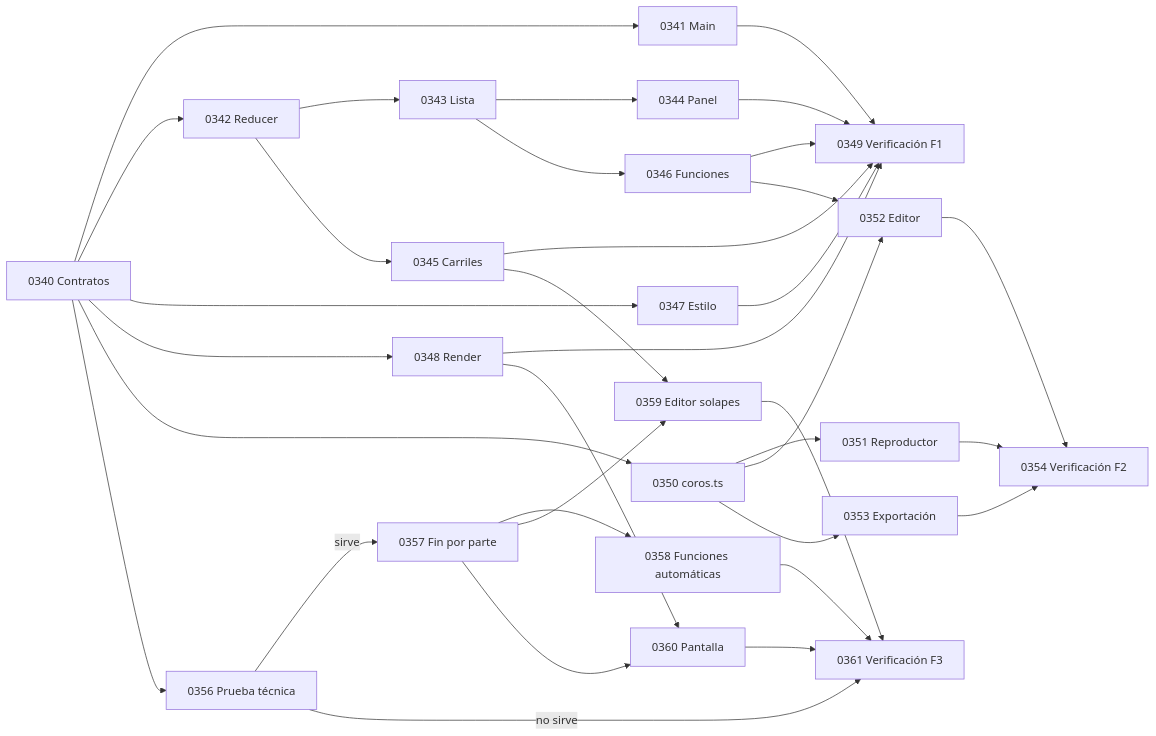
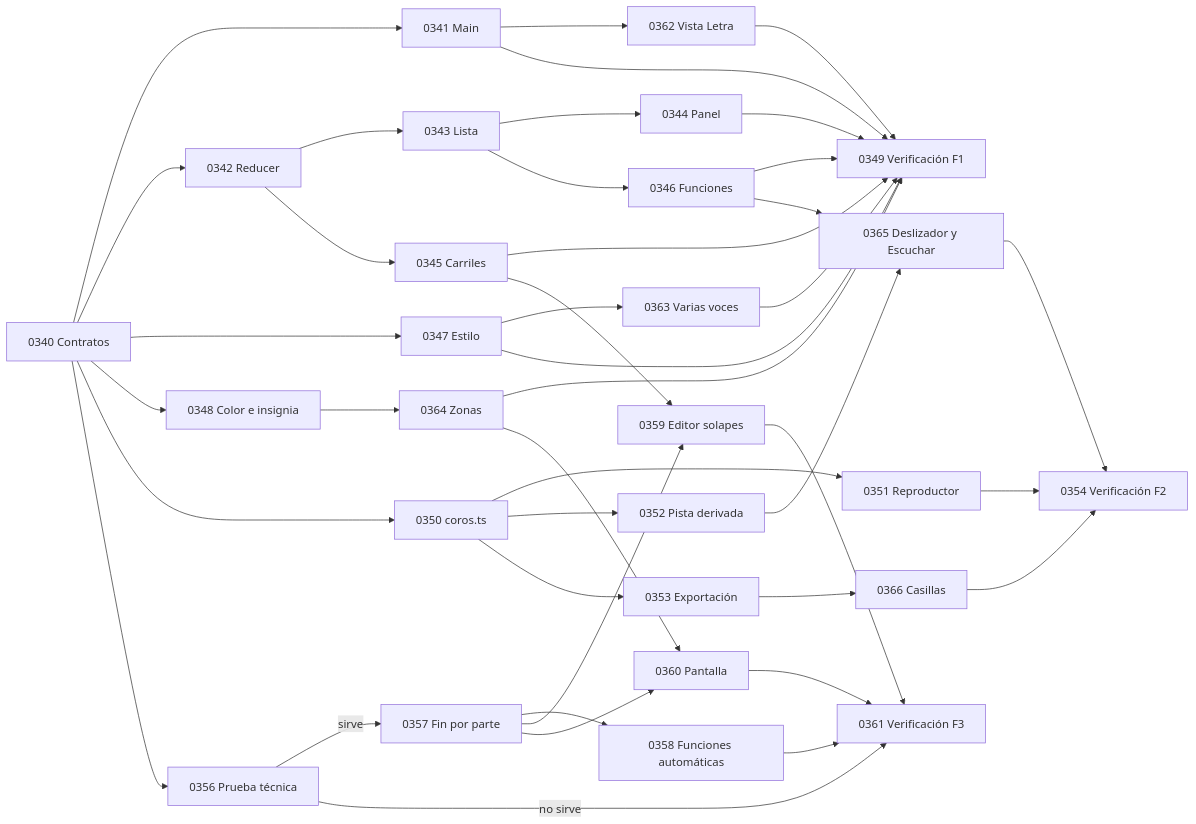
Before and after one commit to Gomonsoft/shinobidocs: the diagram in versiones/0.2.3/backlog.md, drawn with Mermaid. The commit also changed other lines of this file and 37 other files, not shown here.

````diff
--- a/versiones/0.2.3/backlog.md
+++ b/versiones/0.2.3/backlog.md
@@ -17,22 +17,24 @@
 ```mermaid
 flowchart LR
   C0[0340 Contratos] --> M[0341 Main]
   C0 --> R[0342 Reducer] --> L[0343 Lista] --> P[0344 Panel]
   R --> T[0345 Carriles]
   L --> FN[0346 Funciones]
   C0 --> ES[0347 Estilo]
-  C0 --> RE[0348 Render]
-  M & P & T & FN & ES & RE --> V1[0349 Verificación F1]
+  C0 --> RE[0348 Color e insignia] --> Z[0364 Zonas]
+  M --> LE[0362 Vista Letra]
+  ES --> VV[0363 Varias voces]
+  M & P & T & FN & ES & Z & LE & VV --> V1[0349 Verificación F1]
   C0 --> E[0350 coros.ts] --> RP[0351 Reproductor]
-  E --> ED[0352 Editor]
-  FN --> ED
-  E --> EX[0353 Exportación]
-  RP & ED & EX --> V2[0354 Verificación F2]
+  E --> ED[0352 Pista derivada] --> DS[0365 Deslizador y Escuchar]
+  FN --> DS
+  E --> EX[0353 Exportación] --> CA[0366 Casillas]
+  RP & DS & CA --> V2[0354 Verificación F2]
   C0 --> PT[0356 Prueba técnica] -->|sirve| FP[0357 Fin por parte] --> AU[0358 Funciones automáticas]
   FP --> EDS[0359 Editor solapes]
   FP --> PS[0360 Pantalla]
   T --> EDS
-  RE --> PS
+  Z --> PS
   AU & EDS & PS --> V3[0361 Verificación F3]
   PT -->|no sirve| V3
 ```
````
